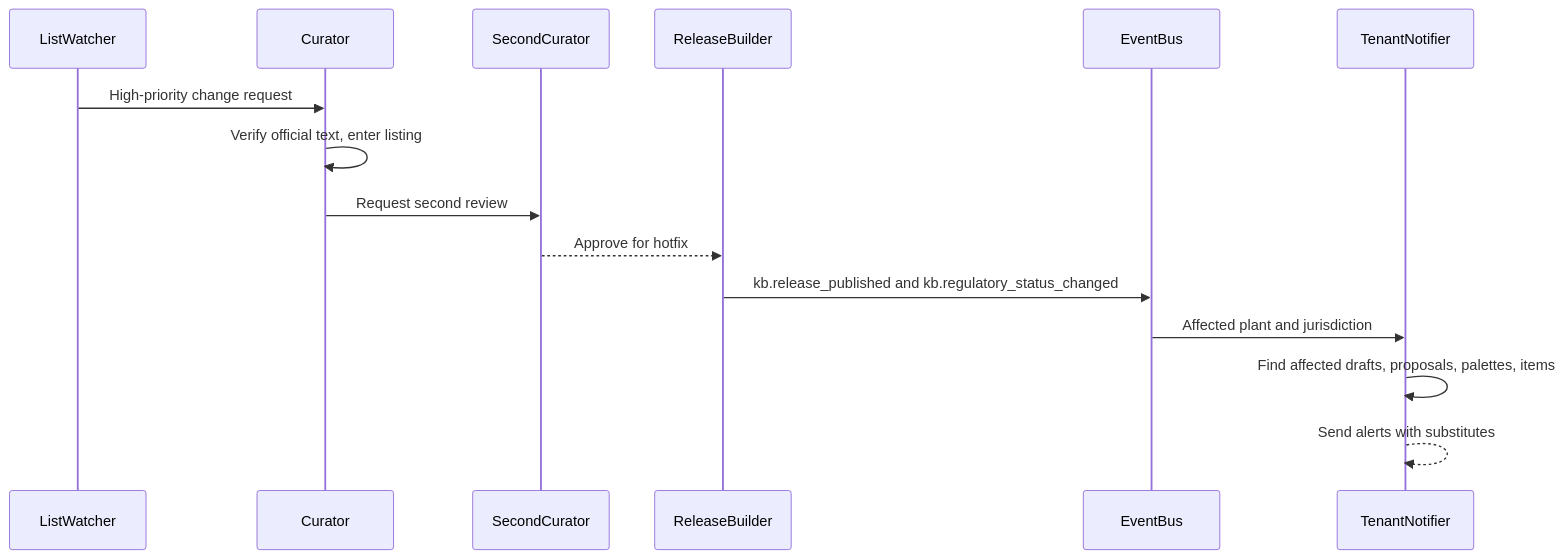
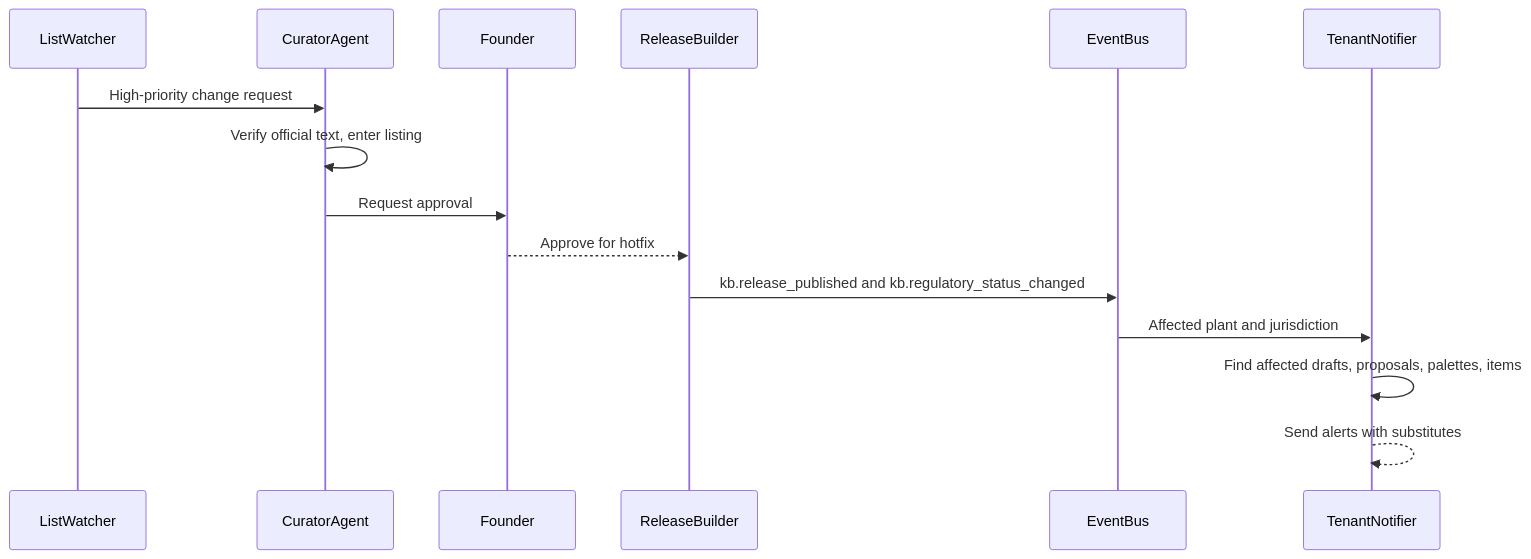
Before and after one commit to jdinard/landscape: the tenth of 16 diagrams in docs/12-plant-knowledge-base.md, drawn with Mermaid. The commit also changed other lines of this file and 11 other files, not shown here.

````diff
--- a/docs/12-plant-knowledge-base.md
+++ b/docs/12-plant-knowledge-base.md
@@ -1260,17 +1265,17 @@
 ```mermaid
 sequenceDiagram
     participant Wt as ListWatcher
-    participant C1 as Curator
-    participant C2 as SecondCurator
+    participant C1 as CuratorAgent
+    participant C2 as Founder
     participant Rel as ReleaseBuilder
     participant Bus as EventBus
     participant T as TenantNotifier
     Wt->>C1: High-priority change request
     C1->>C1: Verify official text, enter listing
-    C1->>C2: Request second review
+    C1->>C2: Request approval
     C2-->>Rel: Approve for hotfix
     Rel->>Bus: kb.release_published and kb.regulatory_status_changed
     Bus->>T: Affected plant and jurisdiction
     T->>T: Find affected drafts, proposals, palettes, items
     T-->>T: Send alerts with substitutes
 ```
````
